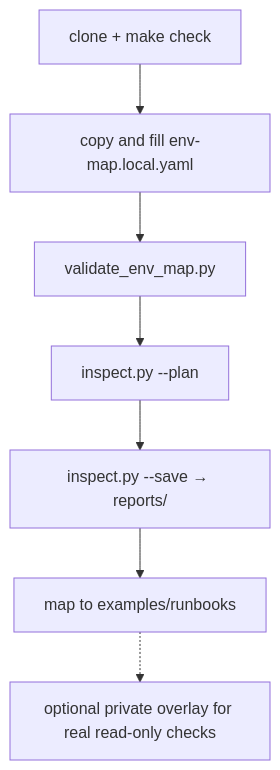
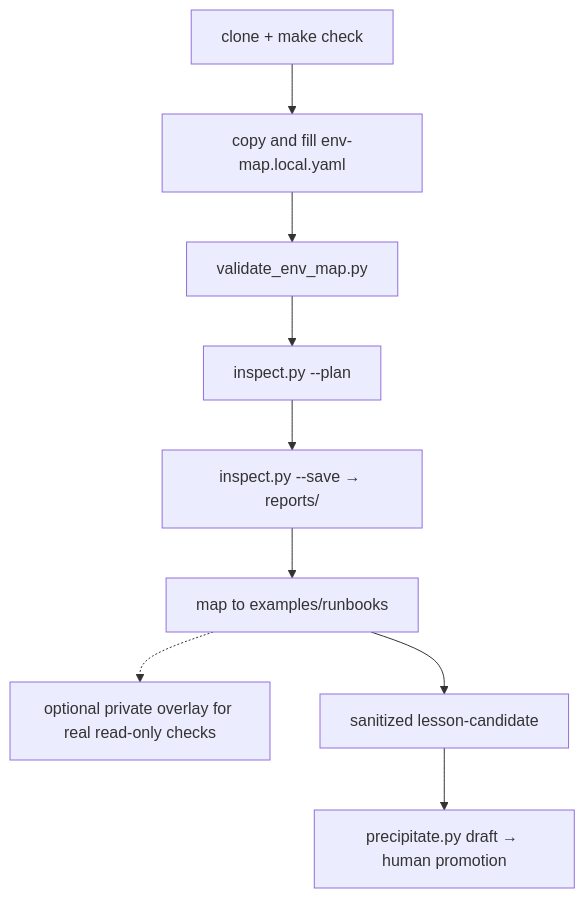
Before and after one commit to z35834491-cmyk/hermes-ops-kit: the third of 3 diagrams in README.en.md, drawn with Mermaid. The commit also changed other lines of this file and 35 other files, not shown here.

````diff
--- a/README.en.md
+++ b/README.en.md
@@ -155,9 +185,11 @@
 ```mermaid
 flowchart TD
   A["clone + make check"] --> B["copy and fill env-map.local.yaml"]
   B --> C["validate_env_map.py"]
   C --> D["inspect.py --plan"]
   D --> E["inspect.py --save → reports/"]
   E --> F["map to examples/runbooks"]
   F -.-> G["optional private overlay for real read-only checks"]
+  F --> H["sanitized lesson-candidate"]
+  H --> I["precipitate.py draft → human promotion"]
 ```
````
